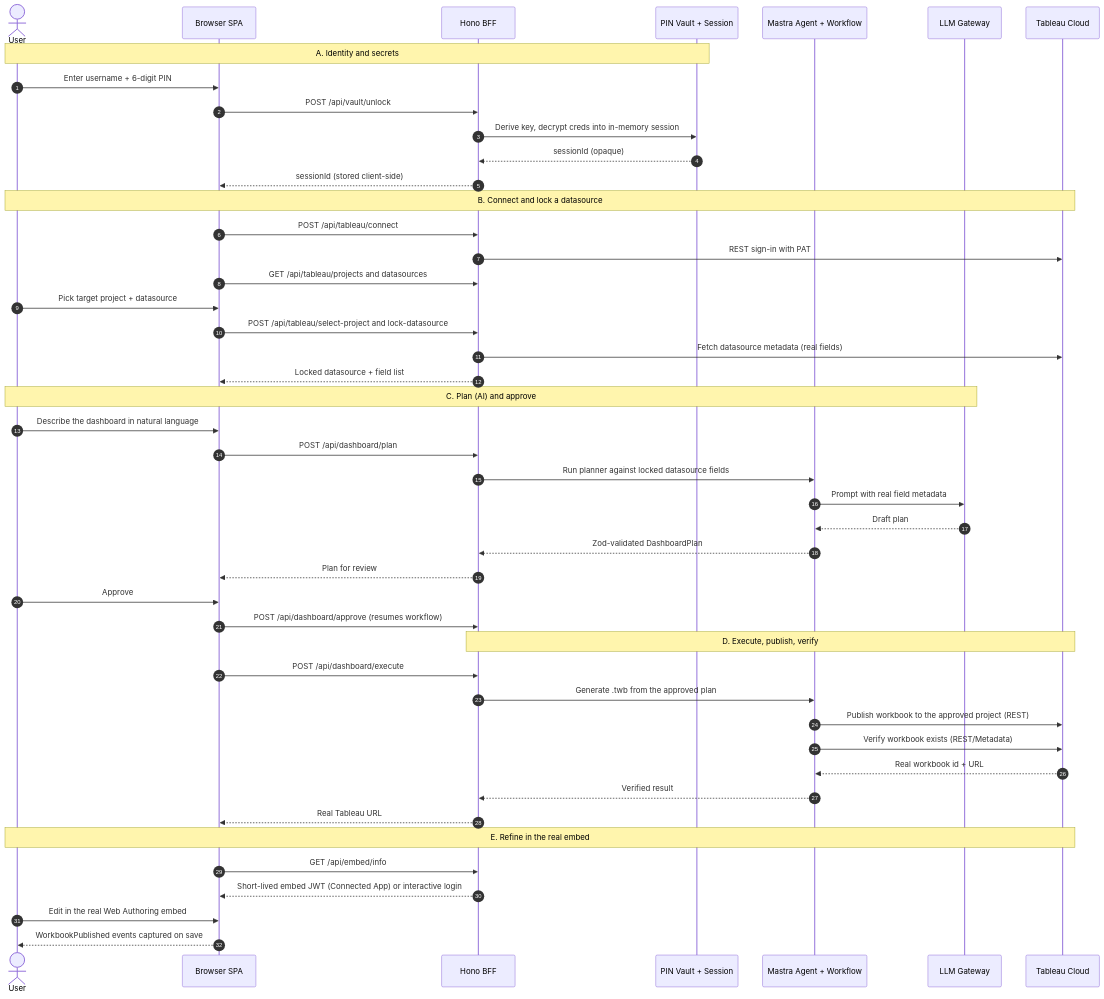
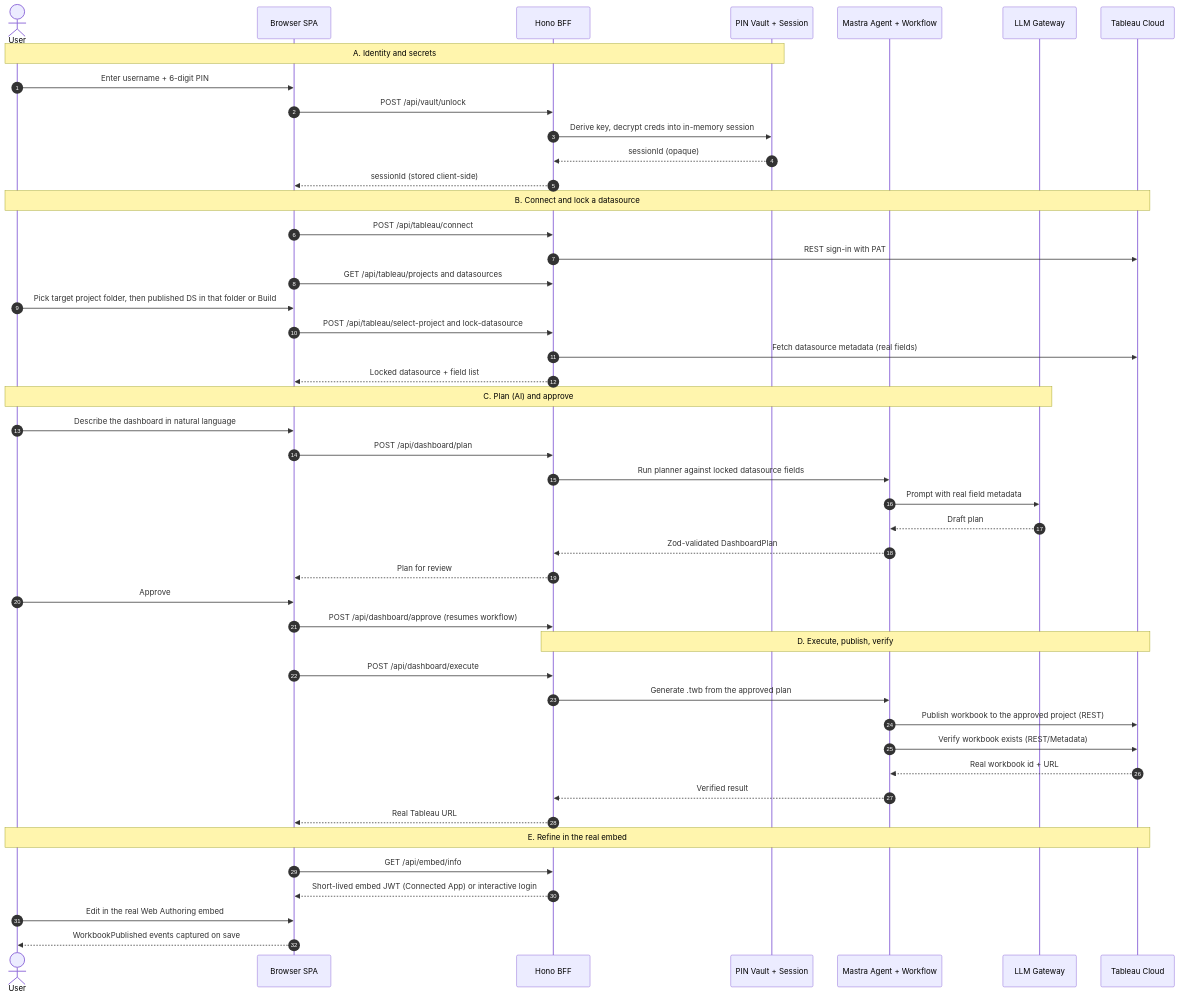
The diagram in PROJECT_OVERVIEW.md (ahingane-web/TableauPilot_SEAP_AgenticAI), drawn with Mermaid before and after one commit. The commit also changed other lines of this file and 35 other files, not shown here.

First line of the commit message:
Persist connector logins in the PIN vault and restore Published/Build connect UX.

````diff
--- a/PROJECT_OVERVIEW.md
+++ b/PROJECT_OVERVIEW.md
@@ -107,53 +117,53 @@
 ```mermaid
 sequenceDiagram
     autonumber
     actor User
     participant SPA as Browser SPA
     participant BFF as Hono BFF
     participant Vault as PIN Vault + Session
     participant Agent as Mastra Agent + Workflow
     participant LLM as LLM Gateway
     participant Tableau as Tableau Cloud
 
     Note over User,Vault: A. Identity and secrets
     User->>SPA: Enter username + 6-digit PIN
     SPA->>BFF: POST /api/vault/unlock
     BFF->>Vault: Derive key, decrypt creds into in-memory session
     Vault-->>BFF: sessionId (opaque)
     BFF-->>SPA: sessionId (stored client-side)
 
     Note over User,Tableau: B. Connect and lock a datasource
     SPA->>BFF: POST /api/tableau/connect
     BFF->>Tableau: REST sign-in with PAT
     SPA->>BFF: GET /api/tableau/projects and datasources
-    User->>SPA: Pick target project + datasource
+    User->>SPA: Pick target project folder, then published DS in that folder or Build
     SPA->>BFF: POST /api/tableau/select-project and lock-datasource
     BFF->>Tableau: Fetch datasource metadata (real fields)
     BFF-->>SPA: Locked datasource + field list
 
     Note over User,LLM: C. Plan (AI) and approve
     User->>SPA: Describe the dashboard in natural language
     SPA->>BFF: POST /api/dashboard/plan
     BFF->>Agent: Run planner against locked datasource fields
     Agent->>LLM: Prompt with real field metadata
     LLM-->>Agent: Draft plan
     Agent-->>BFF: Zod-validated DashboardPlan
     BFF-->>SPA: Plan for review
     User->>SPA: Approve
     SPA->>BFF: POST /api/dashboard/approve (resumes workflow)
 
     Note over BFF,Tableau: D. Execute, publish, verify
     SPA->>BFF: POST /api/dashboard/execute
     BFF->>Agent: Generate .twb from the approved plan
     Agent->>Tableau: Publish workbook to the approved project (REST)
     Agent->>Tableau: Verify workbook exists (REST/Metadata)
     Tableau-->>Agent: Real workbook id + URL
     Agent-->>BFF: Verified result
     BFF-->>SPA: Real Tableau URL
 
     Note over User,Tableau: E. Refine in the real embed
     SPA->>BFF: GET /api/embed/info
     BFF-->>SPA: Short-lived embed JWT (Connected App) or interactive login
     User->>SPA: Edit in the real Web Authoring embed
     SPA-->>User: WorkbookPublished events captured on save
 ```
````
